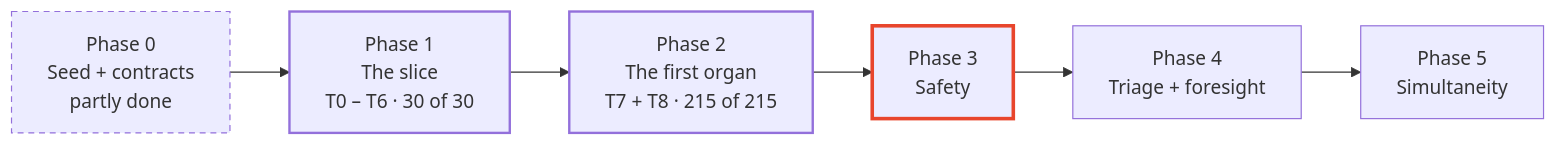
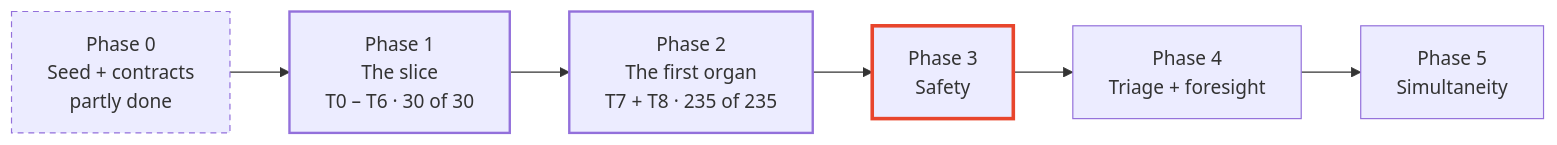
Before and after one commit to JosephOIbrahim/Plexus: the first of 5 diagrams in README.md, drawn with Mermaid. The commit also changed other lines of this file, not shown here.

Commit message:
readme: alpha.10 status, 235 of 235, six missions, test_organ_isolation.py, the third live run, and M3.2 organ-hardening as what's next

````diff
--- a/README.md
+++ b/README.md
@@ -50,13 +50,13 @@
 ```mermaid
 flowchart LR
     P0["Phase 0<br/>Seed + contracts<br/>partly done"]:::part
     P1["Phase 1<br/>The slice<br/>T0 – T6 · 30 of 30"]:::done
-    P2["Phase 2<br/>The first organ<br/>T7 + T8 · 215 of 215"]:::done
+    P2["Phase 2<br/>The first organ<br/>T7 + T8 · 235 of 235"]:::done
     P3["Phase 3<br/>Safety"]:::next
     P4["Phase 4<br/>Triage + foresight"]
     P5["Phase 5<br/>Simultaneity"]
     P0 --> P1 --> P2 --> P3 --> P4 --> P5
     classDef done stroke-width:2px
     classDef part stroke-dasharray:5 4
     classDef next stroke:#E8452C,stroke-width:3px
 ```
````
